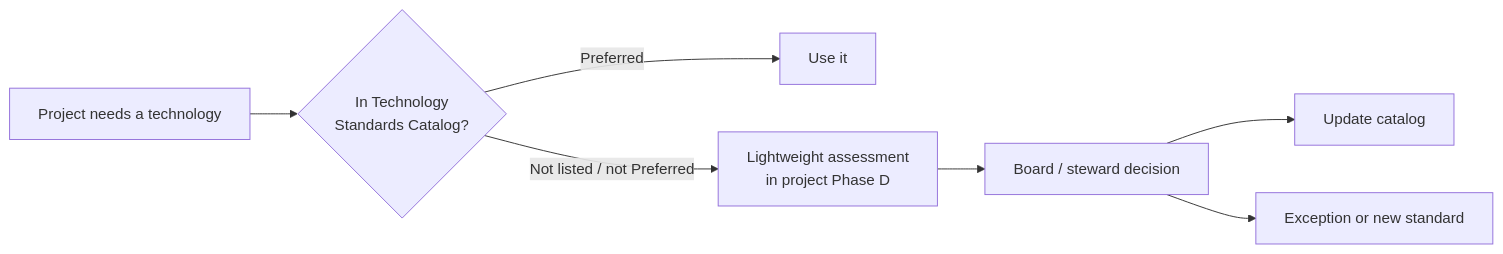
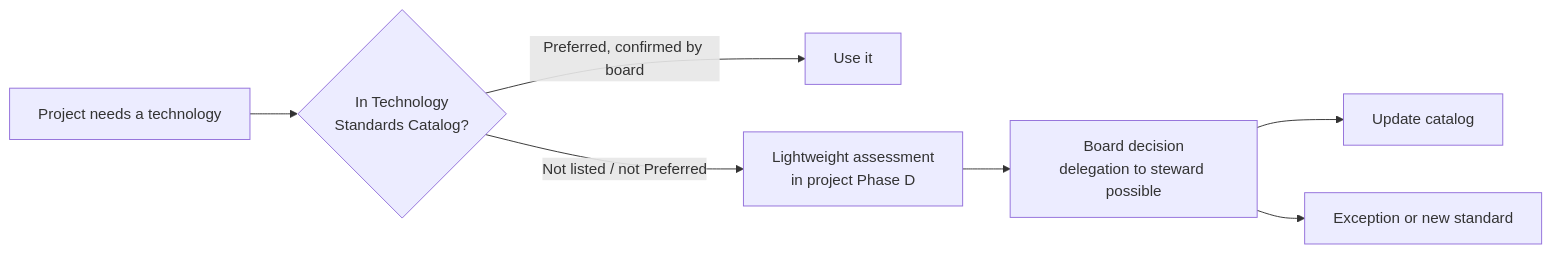
The fourth of 8 diagrams in docs/Architecture/technology-harmonization.md (Kikkirej/framework), drawn with Mermaid before and after one commit. The commit also changed other lines of this file, not shown here.

First line of the commit message:
📝 technology harmonization: rating is decision aid, board decides; fold decisions into text

````diff
--- a/docs/Architecture/technology-harmonization.md
+++ b/docs/Architecture/technology-harmonization.md
@@ -282,9 +288,9 @@
 ```mermaid
 flowchart LR
     A[Project needs a technology] --> B{In Technology<br/>Standards Catalog?}
-    B -->|Preferred| C[Use it]
+    B -->|Preferred, confirmed by board| C[Use it]
     B -->|Not listed / not Preferred| D[Lightweight assessment<br/>in project Phase D]
-    D --> E[Board / steward decision]
+    D --> E[Board decision<br/>delegation to steward possible]
     E --> F[Update catalog]
     E --> G[Exception or new standard]
 ```
````
